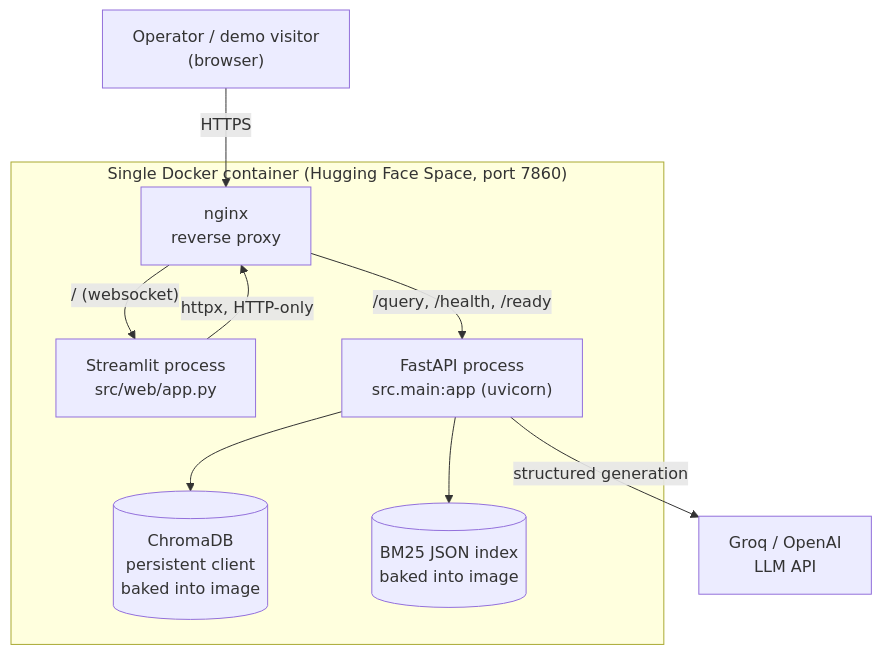
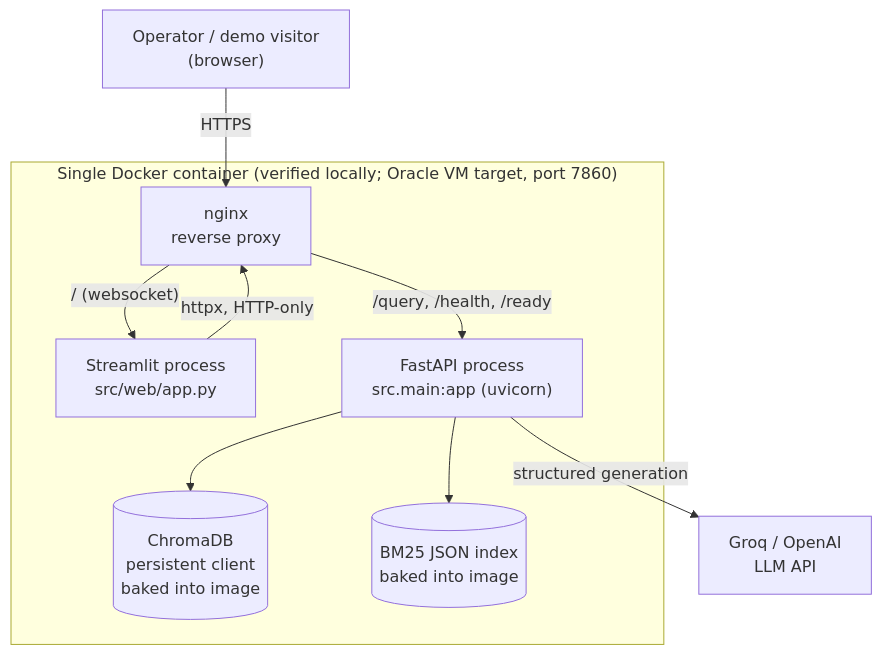
Before and after one commit to Jehu-Lara/manufacturing-rag-assistant: the first of 3 diagrams in docs/architecture/c4-diagram.md, drawn with Mermaid. The commit also changed other lines of this file and 6 other files, not shown here.

````diff
--- a/docs/architecture/c4-diagram.md
+++ b/docs/architecture/c4-diagram.md
@@ -10,22 +10,22 @@
 ```mermaid
 graph TB
     operator["Operator / demo visitor<br/>(browser)"]
 
-    subgraph container["Single Docker container (Hugging Face Space, port 7860)"]
+    subgraph container["Single Docker container (verified locally; Oracle VM target, port 7860)"]
         nginx["nginx<br/>reverse proxy"]
         streamlit["Streamlit process<br/>src/web/app.py"]
         api["FastAPI process<br/>src.main:app (uvicorn)"]
         chroma[("ChromaDB<br/>persistent client<br/>baked into image")]
         bm25[("BM25 JSON index<br/>baked into image")]
     end
 
     llm["Groq / OpenAI<br/>LLM API"]
 
     operator -->|HTTPS| nginx
     nginx -->|"/ (websocket)"| streamlit
     nginx -->|"/query, /health, /ready"| api
     streamlit -->|"httpx, HTTP-only"| nginx
     api --> chroma
     api --> bm25
     api -->|"structured generation"| llm
 ```
````
